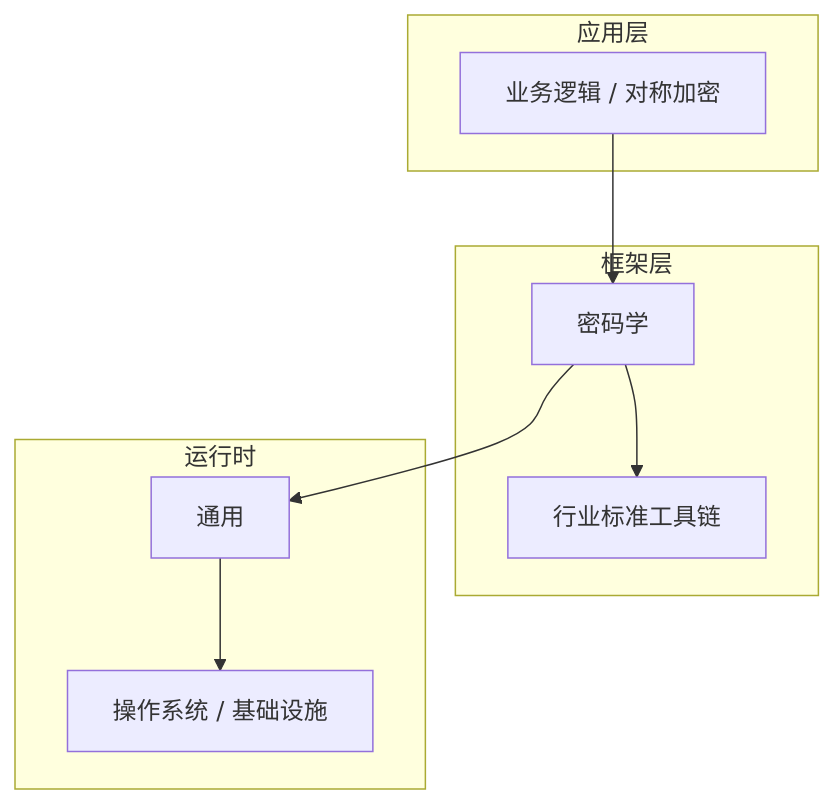
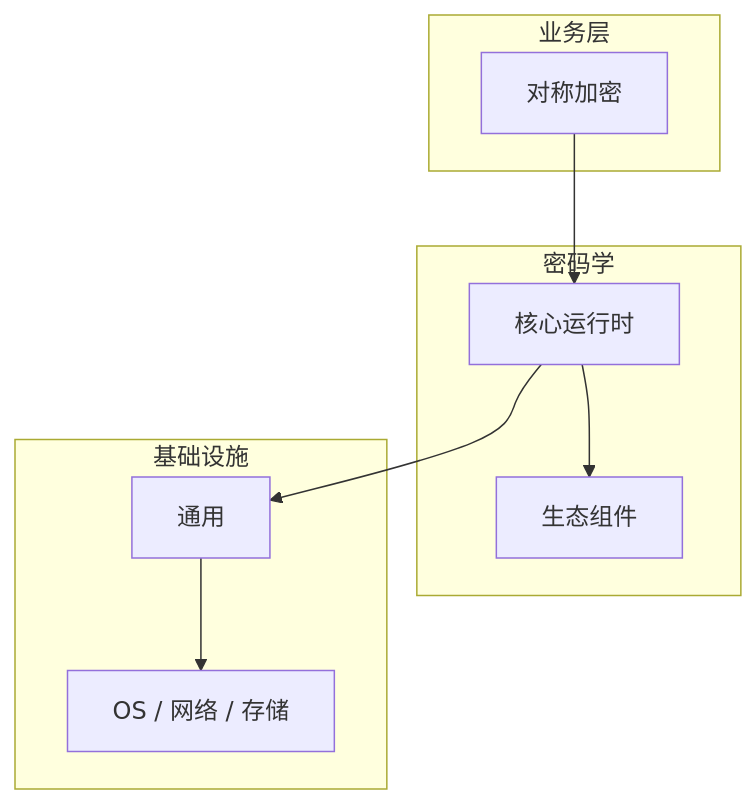
One commit to yanggan2015/knowledge-json-v2 changed the diagram in articles/密码学/chapters/006-对称加密核心概念与原理.md. Above: the diagram before and after it, drawn with Mermaid. The commit also changed other lines of this file and 10127 other files, not shown here.

````diff
--- a/articles/密码学/chapters/006-对称加密核心概念与原理.md
+++ b/articles/密码学/chapters/006-对称加密核心概念与原理.md
@@ -46,18 +31,18 @@
 ```mermaid
 graph TB
-    subgraph 应用层
-        A[业务逻辑 / 对称加密]
+    subgraph 业务层
+        A[对称加密]
     end
-    subgraph 框架层
-        B[密码学]
-        C[行业标准工具链]
+    subgraph 密码学
+        B[核心运行时]
+        C[生态组件]
     end
-    subgraph 运行时
+    subgraph 基础设施
         D[通用]
-        E[操作系统 / 基础设施]
+        E[OS / 网络 / 存储]
     end
     A --> B
     B --> C
     B --> D
     D --> E
 ```
````
